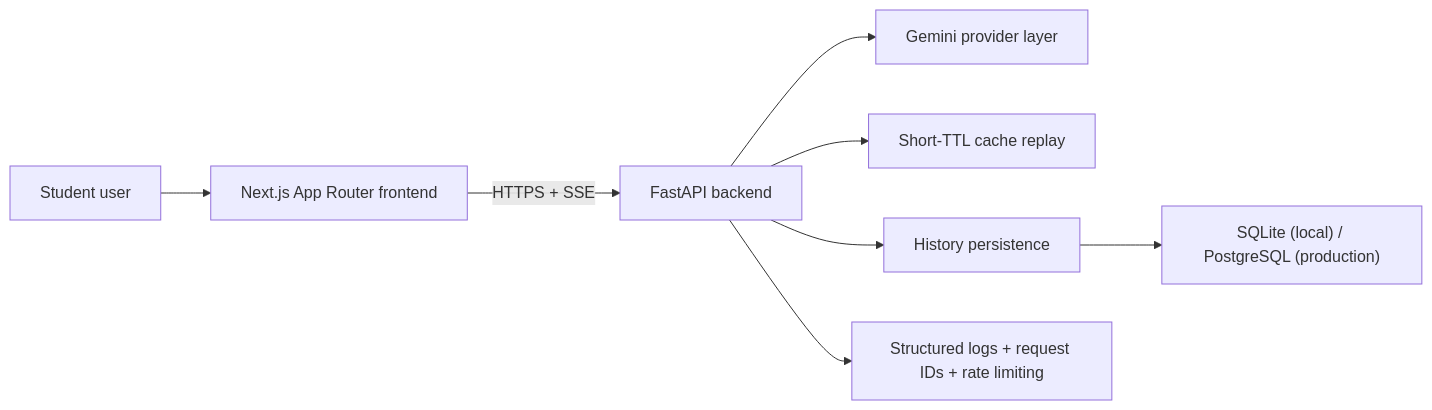
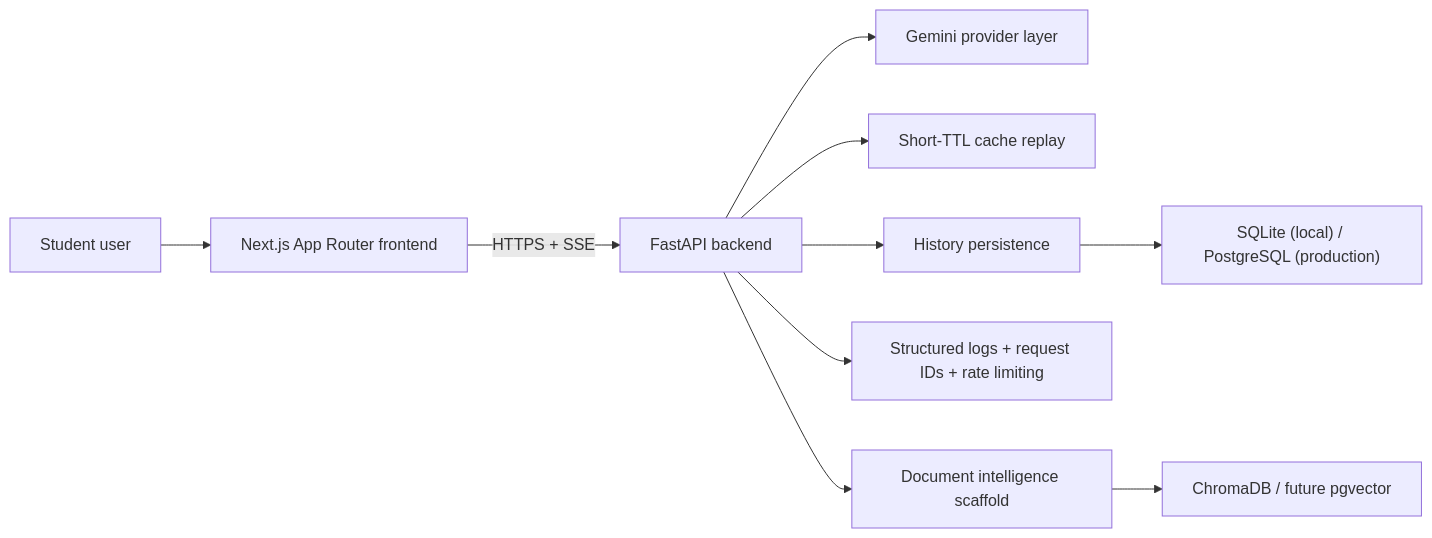
One commit to tauqxxr7/scholr changed the first of 2 diagrams in ARCHITECTURE.md. Above: the diagram before and after it, drawn with Mermaid. The commit also changed other lines of this file and 14 other files, not shown here.

Commit message:
Upgrade Scholr with architecture visibility and RAG foundation

````diff
--- a/ARCHITECTURE.md
+++ b/ARCHITECTURE.md
@@ -9,10 +9,12 @@
 ```mermaid
 flowchart LR
     U["Student user"] --> F["Next.js App Router frontend"]
     F -->|"HTTPS + SSE"| B["FastAPI backend"]
     B --> G["Gemini provider layer"]
     B --> C["Short-TTL cache replay"]
     B --> H["History persistence"]
     B --> L["Structured logs + request IDs + rate limiting"]
     H --> S["SQLite (local) / PostgreSQL (production)"]
+    B --> R["Document intelligence scaffold"]
+    R --> V["ChromaDB / future pgvector"]
 ```
````
